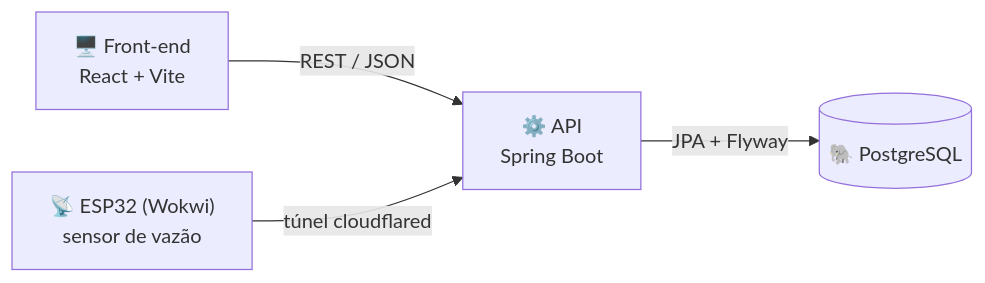
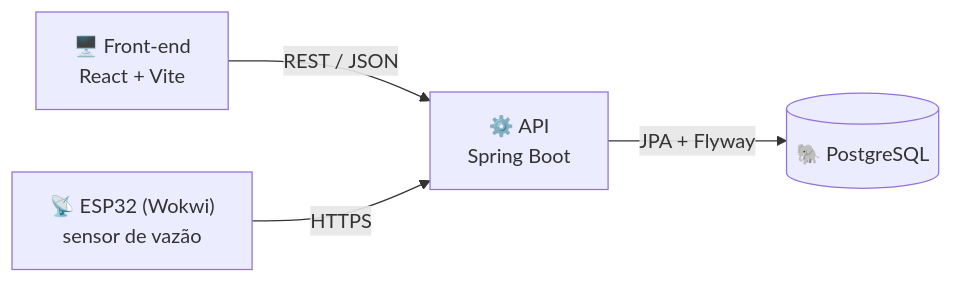
Before and after one commit to paulomourz/aguas-do-capibaribe: the first of 2 diagrams in README.md, drawn with Mermaid. The commit also changed other lines of this file and 15 other files, not shown here.

Commit message:
feat(iot): ESP32 em HTTPS com endereço fixo e conta do sensor criada pela API

````diff
--- a/README.md
+++ b/README.md
@@ -61,6 +61,6 @@
 ```mermaid
 flowchart LR
     W["🖥️ Front-end<br/>React + Vite"] -- "REST / JSON" --> A["⚙️ API<br/>Spring Boot"]
-    S["📡 ESP32 (Wokwi)<br/>sensor de vazão"] -- "túnel cloudflared" --> A
+    S["📡 ESP32 (Wokwi)<br/>sensor de vazão"] -- "HTTPS" --> A
     A -- "JPA + Flyway" --> B[("🐘 PostgreSQL")]
 ```
````
